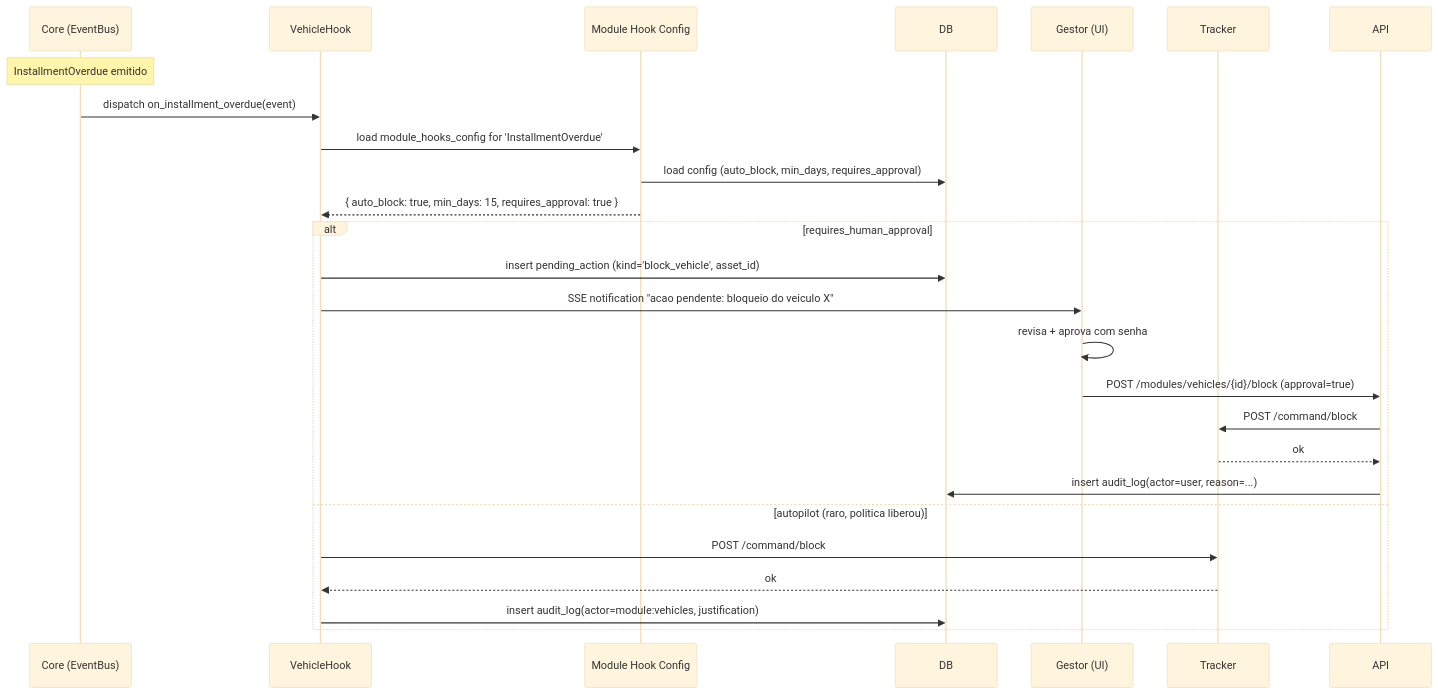
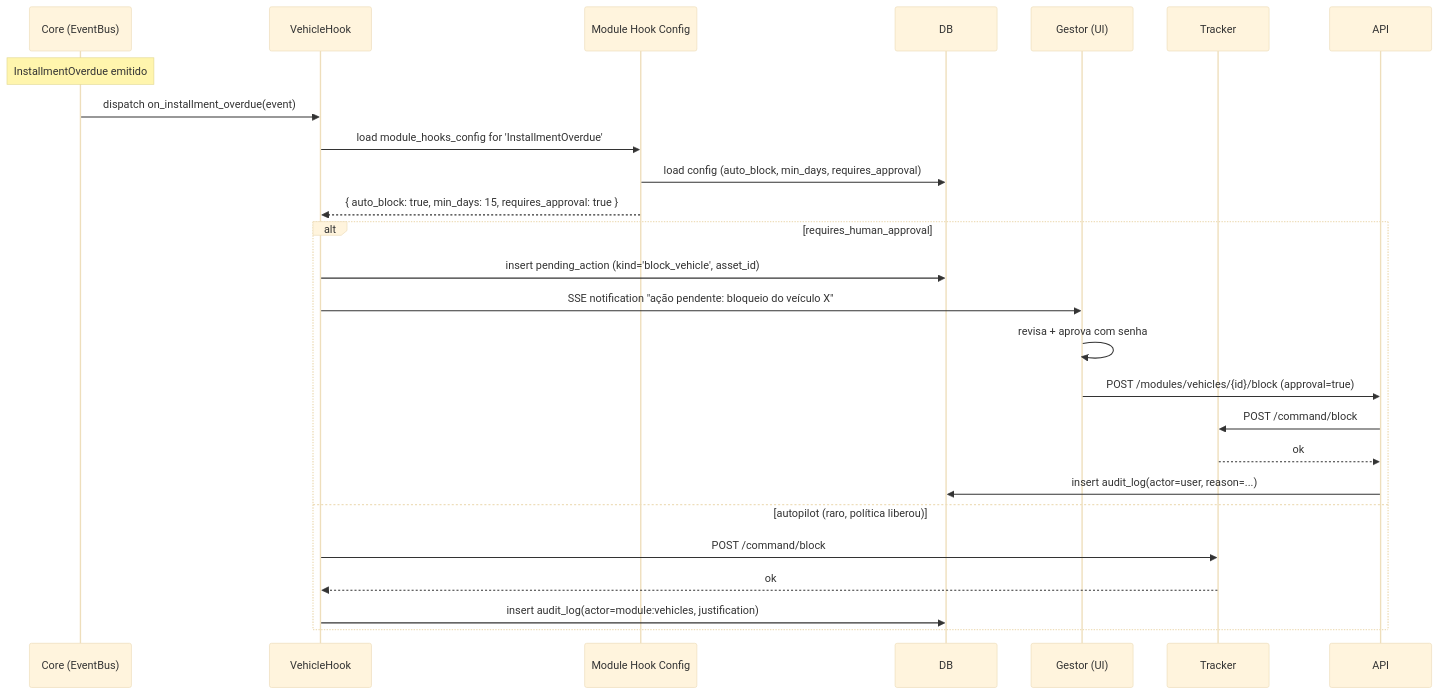
Before and after one commit to psoliveira80/pagarpro: diagram 11 of 13 in _bmad-output/planning-artifacts/ARCHITECTURE.md, drawn with Mermaid (base theme). The commit also changed other lines of this file and 18 other files, not shown here.

First line of the commit message:
docs: Story 12.9 — traducao PT-BR de PRD, ARCHITECTURE, epics e stories Epic 10/11

````diff
--- a/_bmad-output/planning-artifacts/ARCHITECTURE.md
+++ b/_bmad-output/planning-artifacts/ARCHITECTURE.md
@@ -1901,28 +1901,28 @@
 ```mermaid
 sequenceDiagram
     participant Core as Core (EventBus)
     participant Hook as VehicleHook
     participant Pol as Module Hook Config
     participant DB as DB
     participant U as Gestor (UI)
     participant TR as Tracker
 
     Note over Core: InstallmentOverdue emitido
     Core->>Hook: dispatch on_installment_overdue(event)
     Hook->>Pol: load module_hooks_config for 'InstallmentOverdue'
     Pol->>DB: load config (auto_block, min_days, requires_approval)
     Pol-->>Hook: { auto_block: true, min_days: 15, requires_approval: true }
     alt requires_human_approval
         Hook->>DB: insert pending_action (kind='block_vehicle', asset_id)
-        Hook->>U: SSE notification "acao pendente: bloqueio do veiculo X"
+        Hook->>U: SSE notification "ação pendente: bloqueio do veículo X"
         U->>U: revisa + aprova com senha
         U->>API: POST /modules/vehicles/{id}/block (approval=true)
         API->>TR: POST /command/block
         TR-->>API: ok
         API->>DB: insert audit_log(actor=user, reason=...)
-    else autopilot (raro, politica liberou)
+    else autopilot (raro, política liberou)
         Hook->>TR: POST /command/block
         TR-->>Hook: ok
         Hook->>DB: insert audit_log(actor=module:vehicles, justification)
     end
 ```
````
